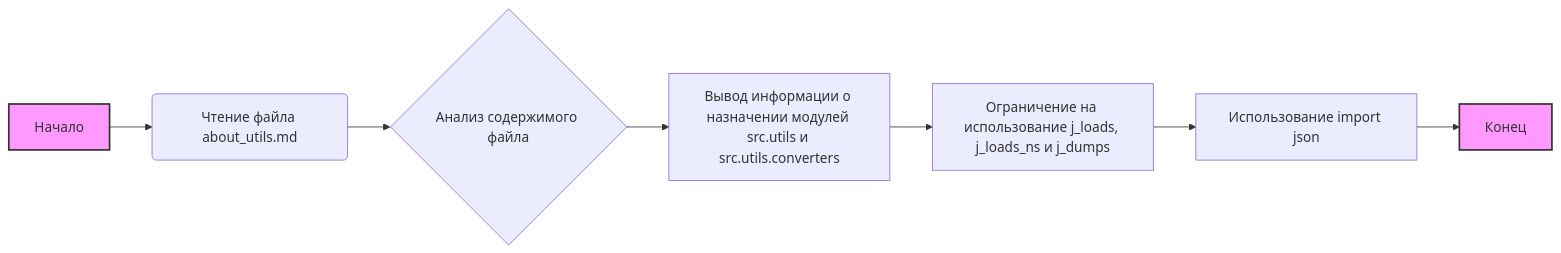
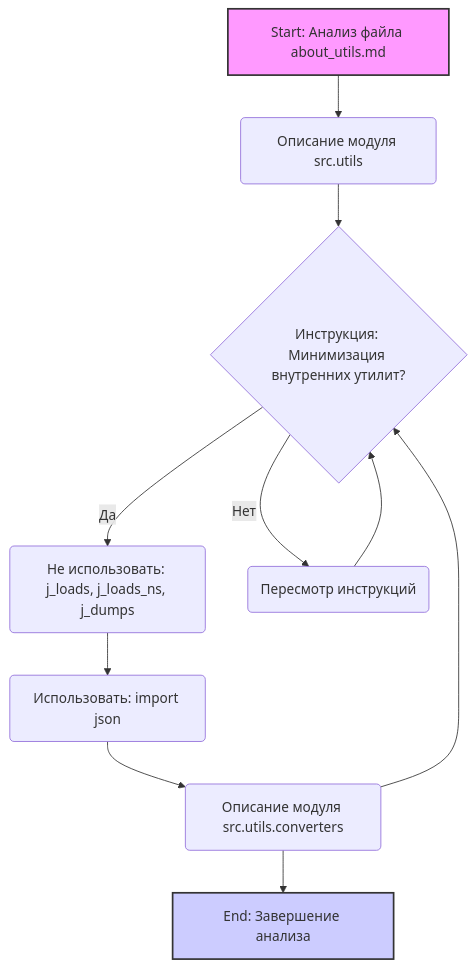
One commit to hypo69/hypo changed the second of 2 diagrams in docs/gemini/ru/explainer/src/utils/instructions/about_utils.md.md. Above: the diagram before and after it, drawn with Mermaid. The commit also changed other lines of this file and 1300 other files, not shown here.

````diff
--- a/docs/gemini/ru/explainer/src/utils/instructions/about_utils.md.md
+++ b/docs/gemini/ru/explainer/src/utils/instructions/about_utils.md.md
@@ -17,13 +42,15 @@
 ```mermaid
-graph LR
-    A[Начало] --> B(Чтение файла about_utils.md);
-    B --> C{Анализ содержимого файла};
-    C --> D[Вывод информации о назначении модулей src.utils и src.utils.converters];
-     D --> E[Ограничение на использование j_loads, j_loads_ns и j_dumps]
-     E --> F[Использование import json]
-     F --> G[Конец]
-
+flowchart TD
+    A[Start: Анализ файла about_utils.md] --> B(Описание модуля src.utils);
+    B --> C{Инструкция: Минимизация внутренних утилит?};
+    C -- Да --> D(Не использовать: j_loads, j_loads_ns, j_dumps);
+    D --> E(Использовать: import json);
+     E --> F(Описание модуля src.utils.converters);
+    F --> C;
+     C -- Нет --> G(Пересмотр инструкций);
+    G --> C
+     F --> H[End: Завершение анализа];
+    
     style A fill:#f9f,stroke:#333,stroke-width:2px
-    style G fill:#f9f,stroke:#333,stroke-width:2px
-
+    style H fill:#ccf,stroke:#333,stroke-width:2px
 ```
````
